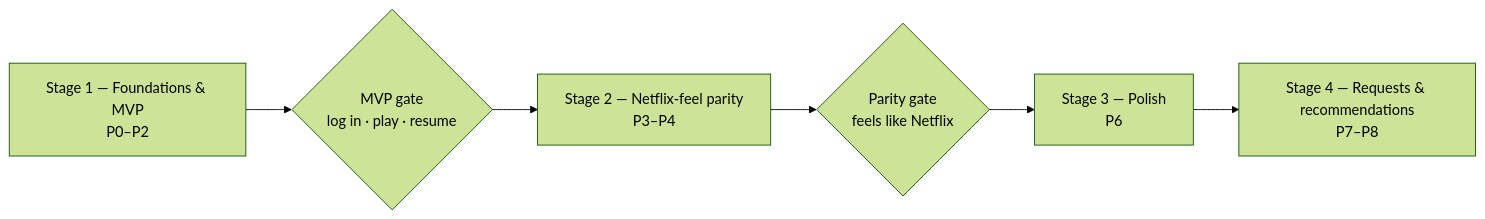
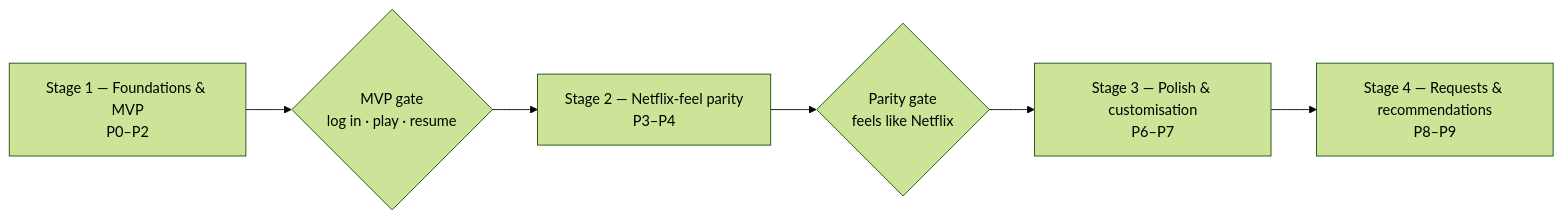
One commit to VibeyFin/VibeyFin changed the first of 2 diagrams in docs/ROADMAP.md. Above: the diagram before and after it, drawn with Mermaid (forest theme). The commit also changed other lines of this file and 3 other files, not shown here.

Commit message:
task: record playback in the plan, roadmap and CLAUDE.md

````diff
--- a/docs/ROADMAP.md
+++ b/docs/ROADMAP.md
@@ -40,6 +40,6 @@
 ```mermaid
 flowchart LR
   A["Stage 1 — Foundations & MVP<br/>P0–P2"] --> G1{"MVP gate<br/>log in · play · resume"}
   G1 --> B["Stage 2 — Netflix-feel parity<br/>P3–P4"] --> G2{"Parity gate<br/>feels like Netflix"}
-  G2 --> C["Stage 3 — Polish<br/>P6"] --> D["Stage 4 — Requests & recommendations<br/>P7–P8"]
+  G2 --> C["Stage 3 — Polish & customisation<br/>P6–P7"] --> D["Stage 4 — Requests & recommendations<br/>P8–P9"]
 ```
````
